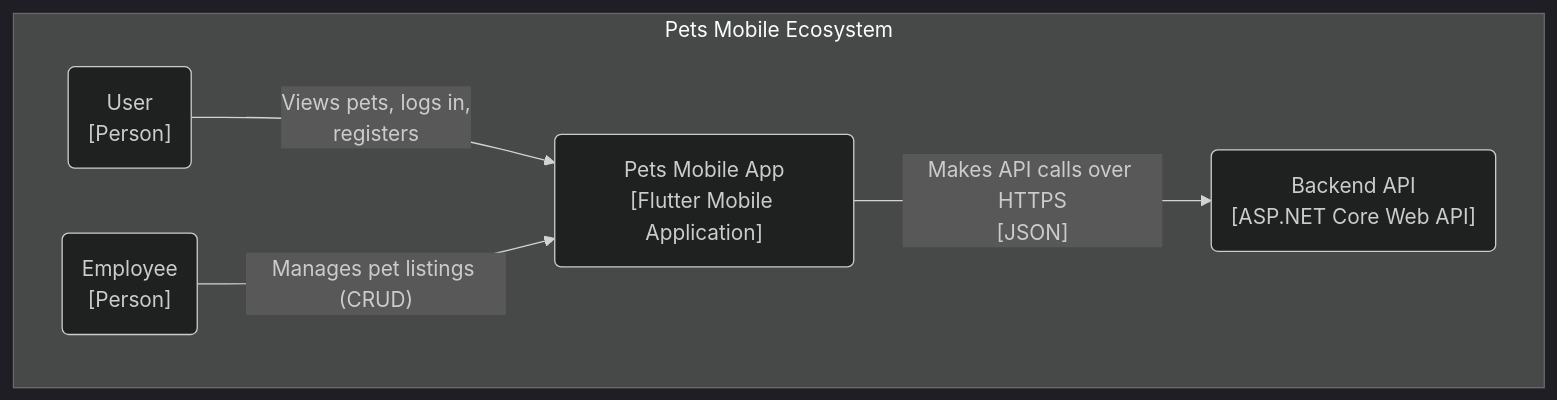
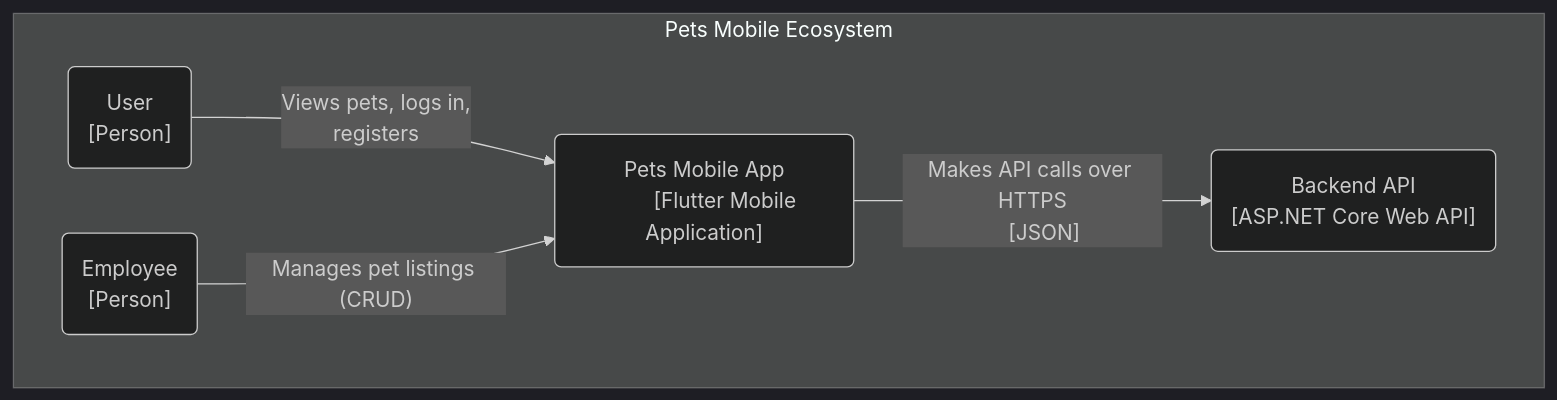
Before and after one commit to 33skyblue33/PetsMobile-Frontend: the first of 7 diagrams in pets_mobile/README.md, drawn with Mermaid (dark theme). The commit also changed other lines of this file, not shown here.

````diff
--- a/pets_mobile/README.md
+++ b/pets_mobile/README.md
@@ -41,13 +41,19 @@
 ```mermaid
 graph TD
     subgraph "Pets Mobile Ecosystem"
-        user("User\n[Person]")
-        employee("Employee\n[Person]")
-        system("Pets Mobile App\n[Flutter Mobile Application]")
-        backend("Backend API\n[ASP.NET Core Web API]")
+        user("User
+        [Person]")
+        employee("Employee
+        [Person]")
+        system("Pets Mobile App
+        [Flutter Mobile Application]")
+        backend("Backend API
+        [ASP.NET Core Web API]")
     end
 
-    user -- "Views pets, logs in,\nregisters" --> system
+    user -- "Views pets, logs in,
+    registers" --> system
     employee -- "Manages pet listings (CRUD)" --> system
-    system -- "Makes API calls over HTTPS\n[JSON]" --> backend
+    system -- "Makes API calls over HTTPS
+    [JSON]" --> backend
 ```
````
